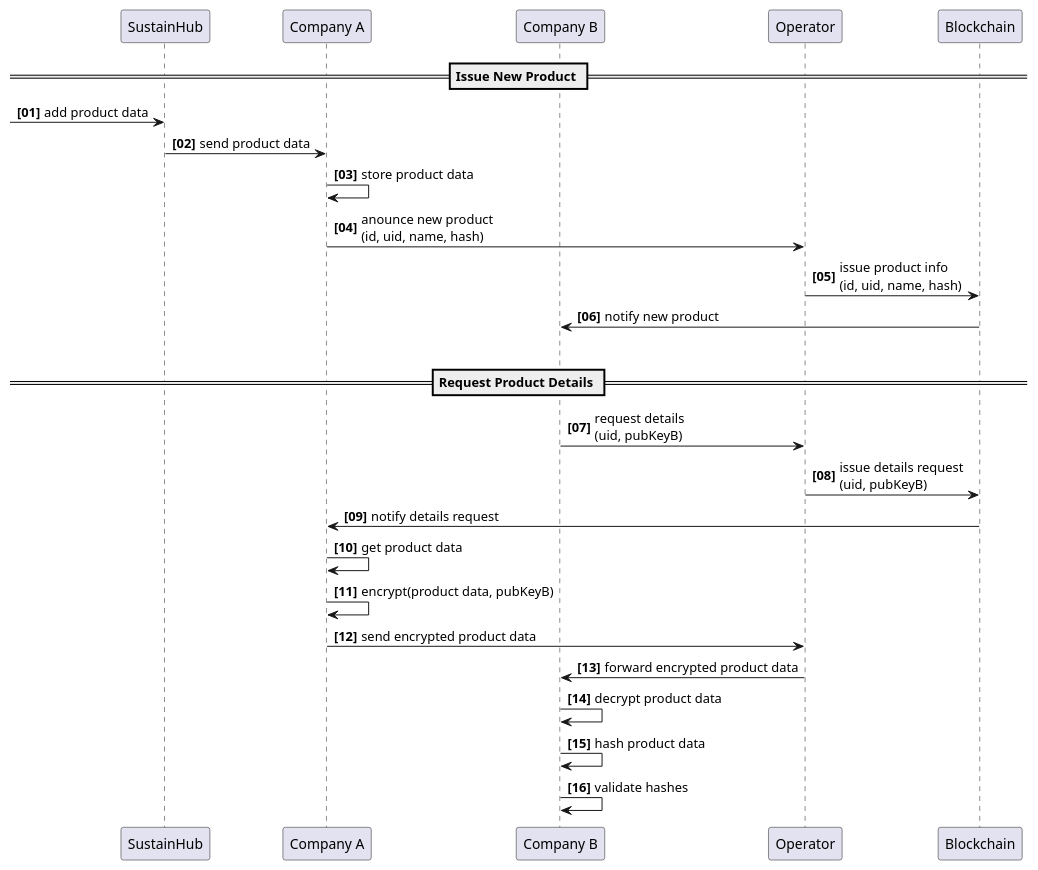
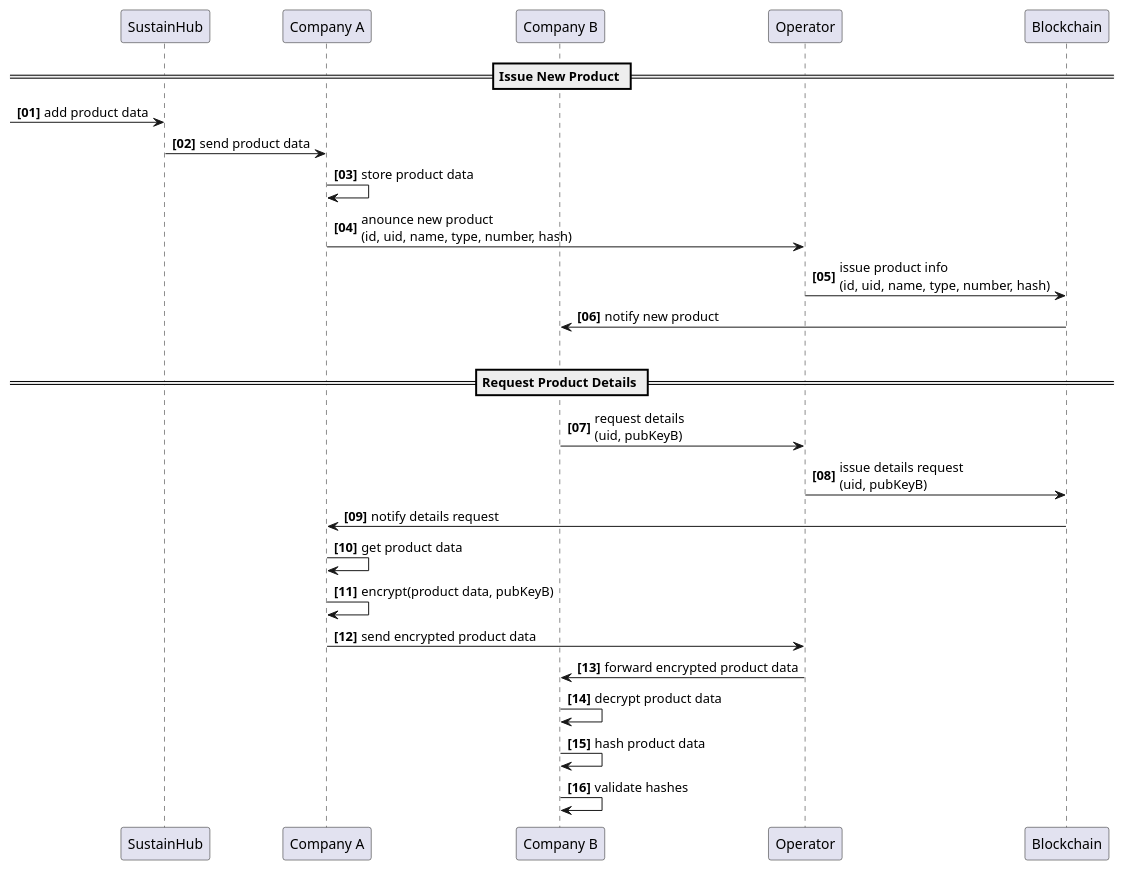
The diagram in docs/plantuml/src/flow.puml (chainstep/dibichain-demo), drawn with PlantUML before and after one commit. The commit also changed 2 other files, not shown here.

Commit message:
add type and number to operator call

```diff
--- a/docs/plantuml/src/flow.puml
+++ b/docs/plantuml/src/flow.puml
@@ -1,34 +1,34 @@
 @startuml
 autonumber "<b>[00]"
 
 participant "SustainHub" as SUS
 participant "Company A" as COMPA
 participant "Company B" as COMPB
 participant "Operator" as OP
 participant "Blockchain" as BC
 
 
 == Issue New Product ==
 
 -> SUS: add product data
 SUS -> COMPA: send product data
 COMPA -> COMPA: store product data
-COMPA -> OP: anounce new product\n(id, uid, name, hash)
-OP -> BC: issue product info\n(id, uid, name, hash)
+COMPA -> OP: anounce new product\n(id, uid, name, type, number, hash)
+OP -> BC: issue product info\n(id, uid, name, type, number, hash)
 BC -> COMPB: notify new product
 |||
 
 == Request Product Details ==
 
 COMPB -> OP: request details\n(uid, pubKeyB)
 OP -> BC: issue details request\n(uid, pubKeyB)
 BC -> COMPA: notify details request
 COMPA -> COMPA: get product data
 COMPA -> COMPA: encrypt(product data, pubKeyB)
 COMPA -> OP: send encrypted product data
 OP -> COMPB: forward encrypted product data
 COMPB -> COMPB: decrypt product data
 COMPB -> COMPB: hash product data
 COMPB -> COMPB: validate hashes
 
 @enduml
```
